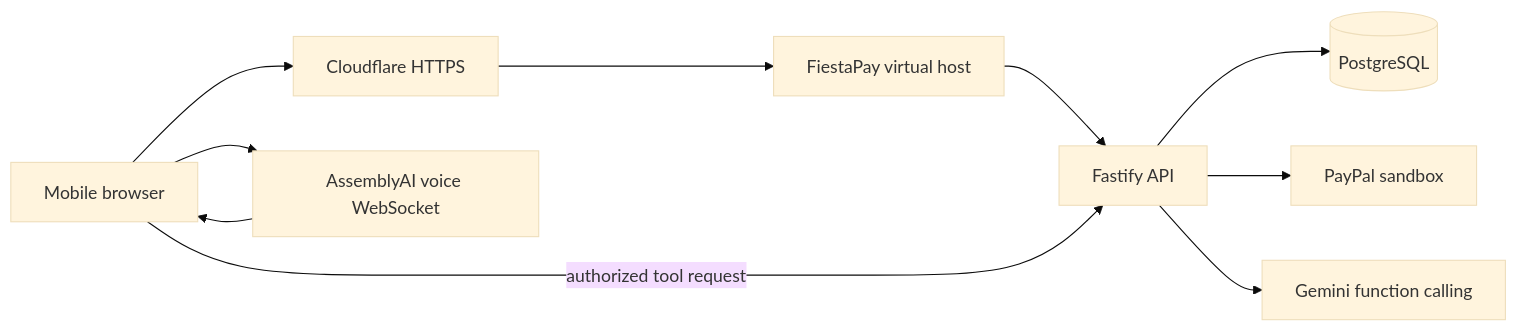
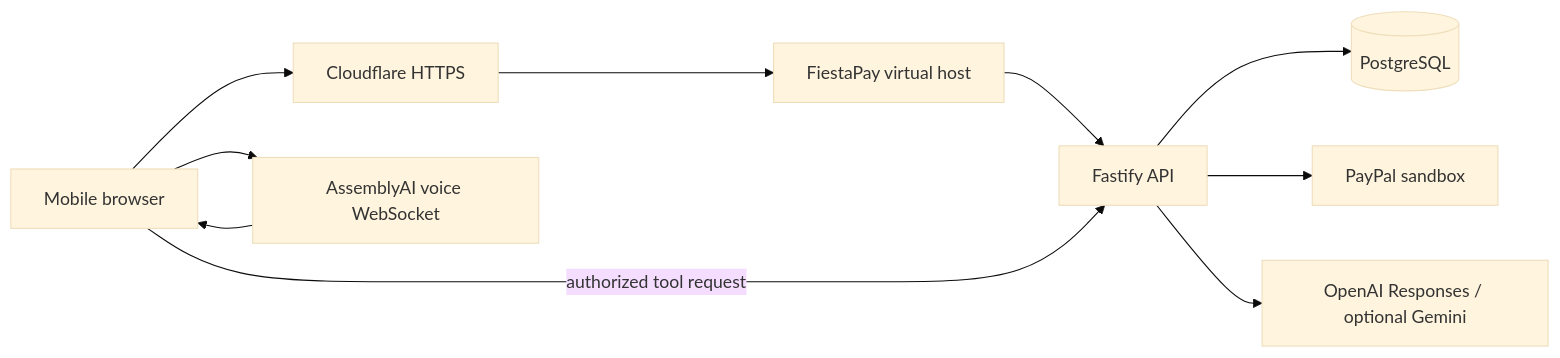
Before and after one commit to jlmawyin/fiestapay: the diagram in docs/ARCHITECTURE.md, drawn with Mermaid (base theme). The commit also changed other lines of this file and 31 other files, not shown here.

````diff
--- a/docs/ARCHITECTURE.md
+++ b/docs/ARCHITECTURE.md
@@ -5,12 +5,12 @@
 ```mermaid
 flowchart LR
   Browser[Mobile browser] --> CF[Cloudflare HTTPS]
   CF --> Nginx[FiestaPay virtual host]
   Nginx --> API[Fastify API]
   API --> DB[(PostgreSQL)]
   API --> PayPal[PayPal sandbox]
-  API --> Gemini[Gemini function calling]
+  API --> LLM[OpenAI Responses / optional Gemini]
   Browser --> Voice[AssemblyAI voice WebSocket]
   Voice --> Browser
   Browser -->|authorized tool request| API
 ```
````
